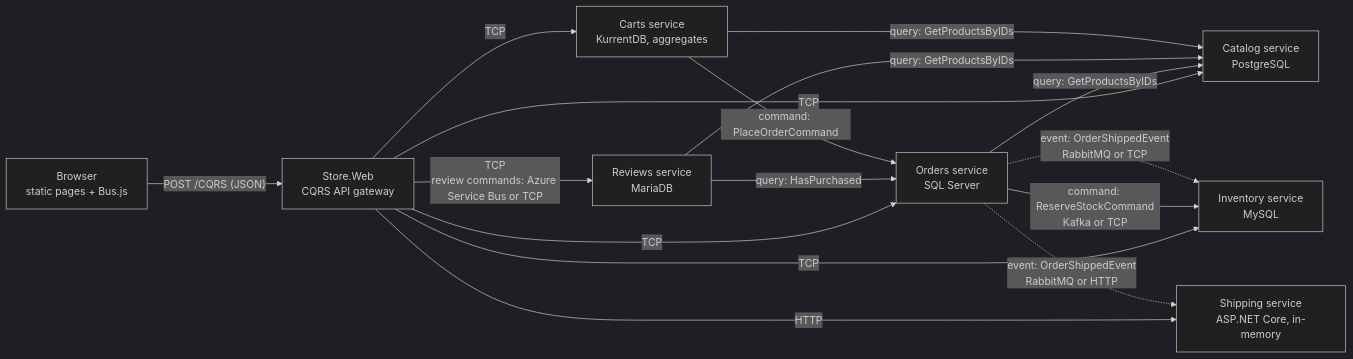
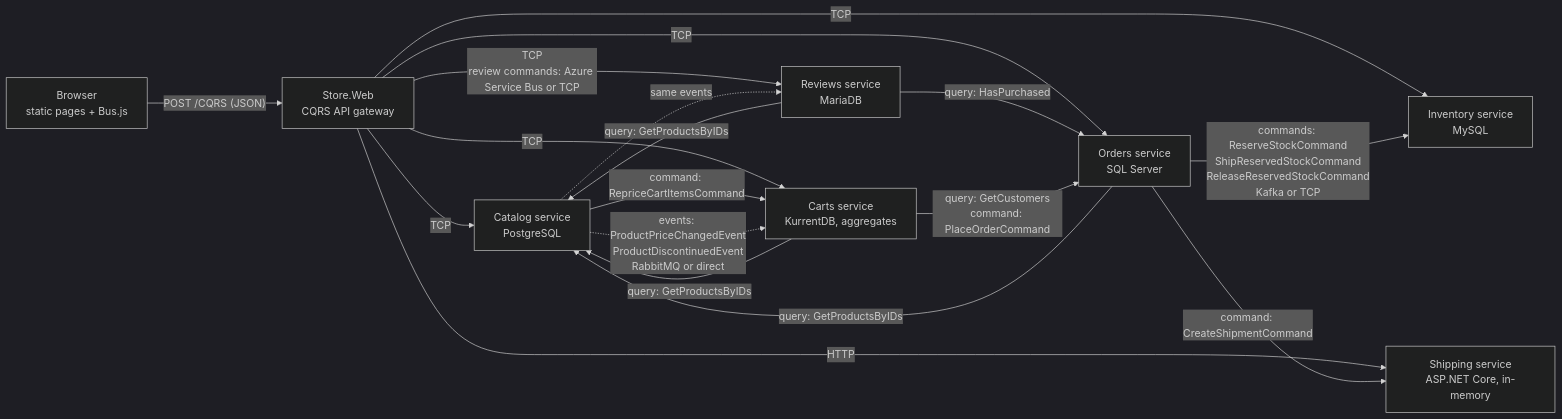
One commit to szawaski/Zerra changed the diagram in Demo/Store/README.md. Above: the diagram before and after it, drawn with Mermaid (dark theme). The commit also changed other lines of this file and 65 other files, not shown here.

````diff
--- a/Demo/Store/README.md
+++ b/Demo/Store/README.md
@@ -5,18 +5,20 @@
 ```mermaid
 flowchart LR
     Browser["Browser<br/>static pages + Bus.js"] -- "POST /CQRS (JSON)" --> Web["Store.Web<br/>CQRS API gateway"]
     Web -- "TCP" --> Catalog["Catalog service<br/>PostgreSQL"]
     Web -- "TCP" --> Inventory["Inventory service<br/>MySQL"]
     Web -- "TCP" --> Orders["Orders service<br/>SQL Server"]
     Web -- "TCP<br/>review commands: Azure Service Bus or TCP" --> Reviews["Reviews service<br/>MariaDB"]
     Web -- "HTTP" --> Shipping["Shipping service<br/>ASP.NET Core, in-memory"]
     Orders -- "query: GetProductsByIDs" --> Catalog
-    Orders -- "command: ReserveStockCommand<br/>Kafka or TCP" --> Inventory
-    Orders -. "event: OrderShippedEvent<br/>RabbitMQ or TCP" .-> Inventory
-    Orders -. "event: OrderShippedEvent<br/>RabbitMQ or HTTP" .-> Shipping
+    Orders -- "commands: ReserveStockCommand<br/>ShipReservedStockCommand<br/>ReleaseReservedStockCommand<br/>Kafka or TCP" --> Inventory
+    Orders -- "command: CreateShipmentCommand" --> Shipping
     Reviews -- "query: GetProductsByIDs" --> Catalog
     Reviews -- "query: HasPurchased" --> Orders
     Web -- "TCP" --> Carts["Carts service<br/>KurrentDB, aggregates"]
     Carts -- "query: GetProductsByIDs" --> Catalog
-    Carts -- "command: PlaceOrderCommand" --> Orders
+    Carts -- "query: GetCustomers<br/>command: PlaceOrderCommand" --> Orders
+    Catalog -- "command: RepriceCartItemsCommand" --> Carts
+    Catalog -. "events: ProductPriceChangedEvent<br/>ProductDiscontinuedEvent<br/>RabbitMQ or direct" .-> Carts
+    Catalog -. "same events" .-> Reviews
 ```
````
